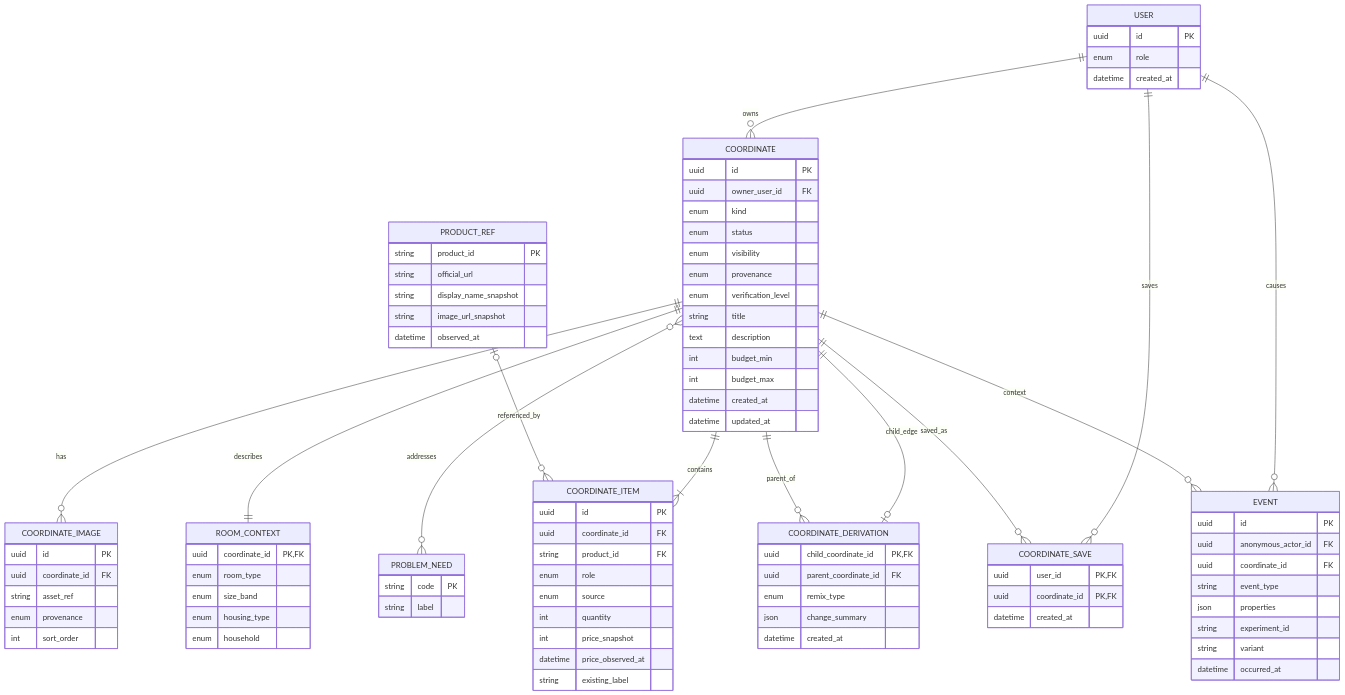
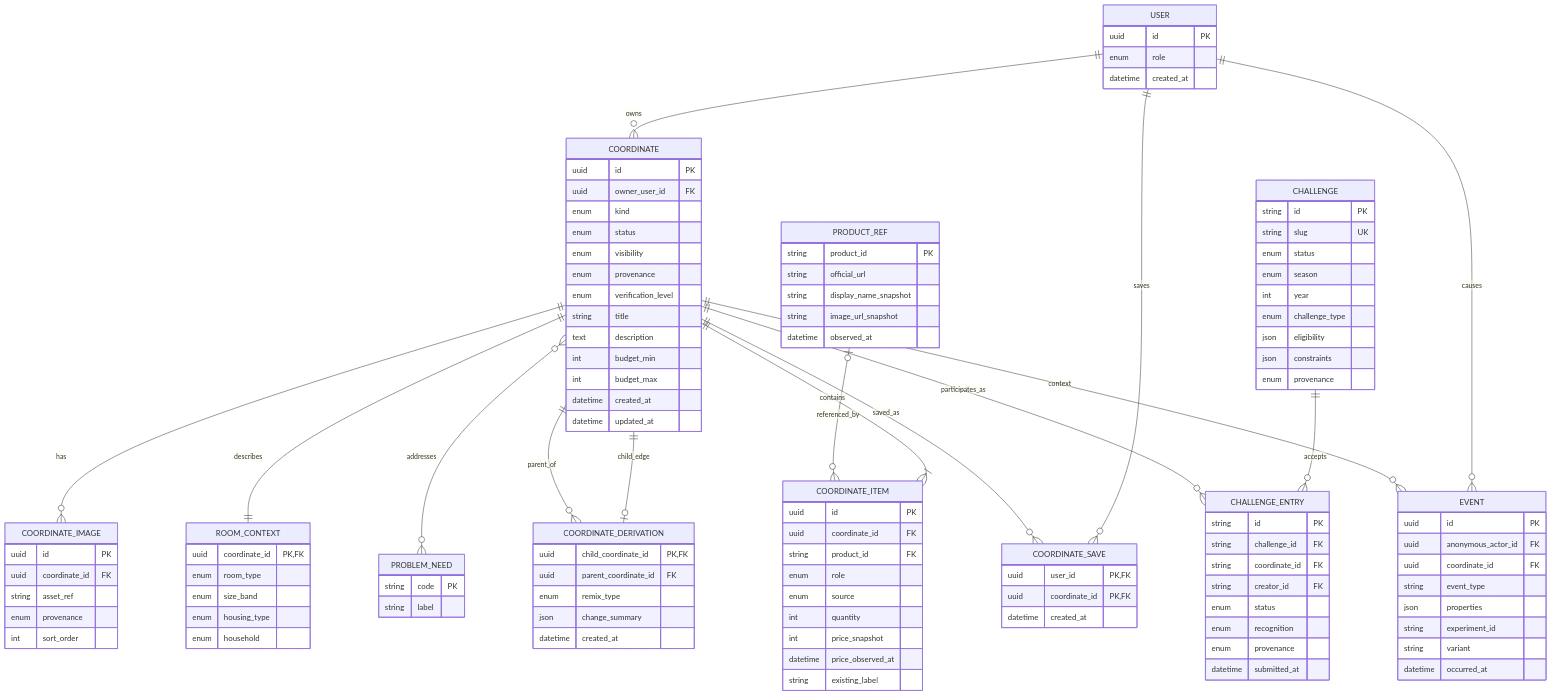
One commit to Raiden-Blade/room-harmony-community changed the diagram in docs/architecture/data-model.md. Above: the diagram before and after it, drawn with Mermaid. The commit also changed other lines of this file and 52 other files, not shown here.

````diff
--- a/docs/architecture/data-model.md
+++ b/docs/architecture/data-model.md
@@ -16,6 +16,8 @@
   COORDINATE ||--o{ COORDINATE_SAVE : saved_as
   USER ||--o{ EVENT : causes
   COORDINATE ||--o{ EVENT : context
+  CHALLENGE ||--o{ CHALLENGE_ENTRY : accepts
+  COORDINATE ||--o{ CHALLENGE_ENTRY : participates_as
 
   USER {
     uuid id PK
@@ -95,4 +97,25 @@
     string variant
     datetime occurred_at
   }
+  CHALLENGE {
+    string id PK
+    string slug UK
+    enum status
+    enum season
+    int year
+    enum challenge_type
+    json eligibility
+    json constraints
+    enum provenance
+  }
+  CHALLENGE_ENTRY {
+    string id PK
+    string challenge_id FK
+    string coordinate_id FK
+    string creator_id FK
+    enum status
+    enum recognition
+    enum provenance
+    datetime submitted_at
+  }
 ```
````
